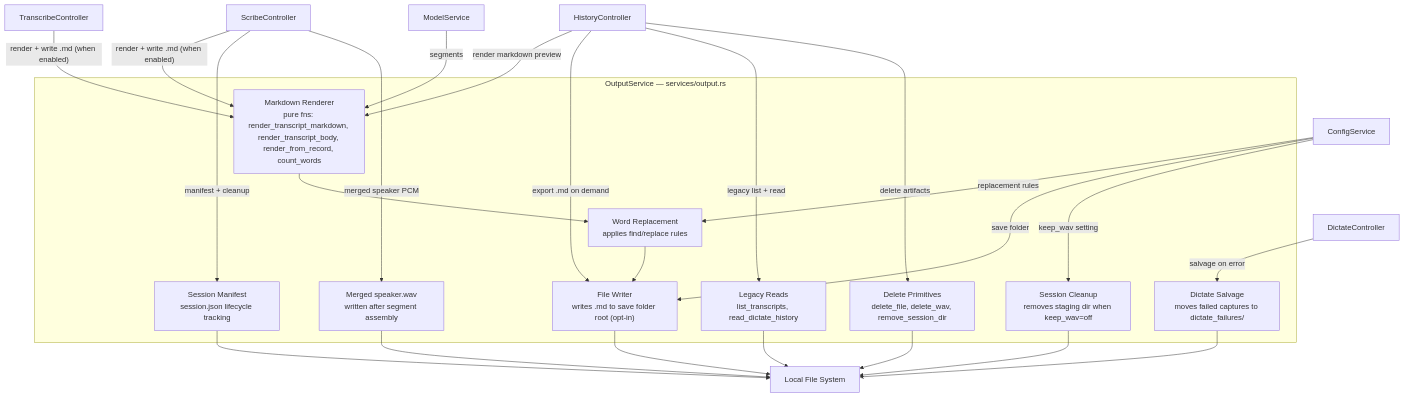
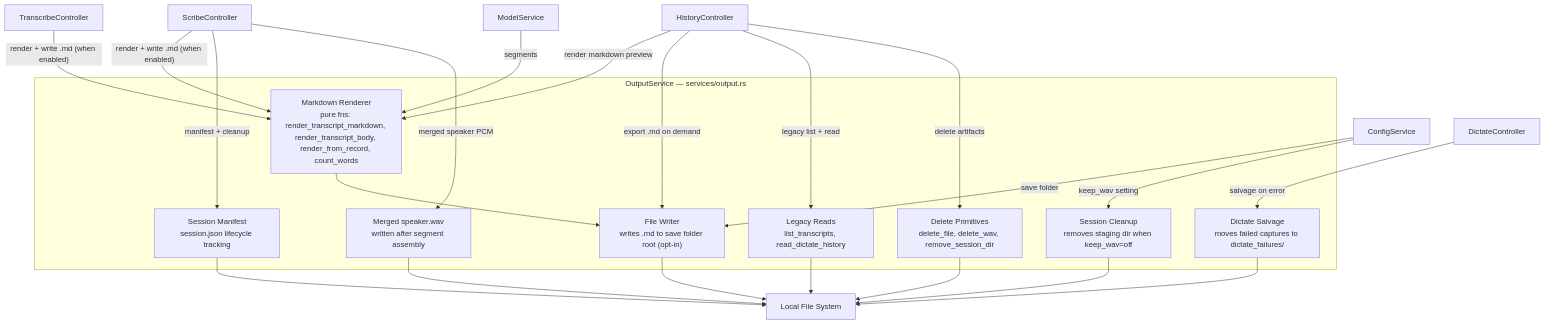
One commit to Lenniott/scribeFloat changed the eighth of 12 diagrams in docs/architecture.md. Above: the diagram before and after it, drawn with Mermaid. The commit also changed other lines of this file and 3 other files, not shown here.

First line of the commit message:
docs: reflect settings simplification in architecture and flows

````diff
--- a/docs/architecture.md
+++ b/docs/architecture.md
@@ -429,45 +429,42 @@
 ```mermaid
 graph TB
     subgraph output["OutputService — services/output.rs"]
         formatter["Markdown Renderer\npure fns: render_transcript_markdown, render_transcript_body, render_from_record, count_words"]
-        replacements["Word Replacement\napplies find/replace rules"]
         file_writer["File Writer\nwrites .md to save folder root (opt-in)"]
         manifest["Session Manifest\nsession.json lifecycle tracking"]
         wav_cleanup["Session Cleanup\nremoves staging dir when keep_wav=off"]
         salvage["Dictate Salvage\nmoves failed captures to dictate_failures/"]
         legacy_reads["Legacy Reads\nlist_transcripts, read_dictate_history"]
         delete_prims["Delete Primitives\ndelete_file, delete_wav, remove_session_dir"]
         merged_wav["Merged speaker.wav\nwritten after segment assembly"]
     end
 
     config["ConfigService"]
     fs["Local File System"]
     ctrl_scribe["ScribeController"]
     ctrl_dictate["DictateController"]
     ctrl_transcribe["TranscribeController"]
     ctrl_history["HistoryController"]
     svc_model["ModelService"]
 
     ctrl_scribe -->|"render + write .md (when enabled)"| formatter
     ctrl_scribe -->|"manifest + cleanup"| manifest
     ctrl_scribe -->|"merged speaker PCM"| merged_wav
     ctrl_dictate -->|"salvage on error"| salvage
     ctrl_transcribe -->|"render + write .md (when enabled)"| formatter
     ctrl_history -->|"render markdown preview"| formatter
     ctrl_history -->|"export .md on demand"| file_writer
     ctrl_history -->|"legacy list + read"| legacy_reads
     ctrl_history -->|"delete artifacts"| delete_prims
     svc_model -->|"segments"| formatter
-    formatter --> replacements
-    replacements --> file_writer
+    formatter --> file_writer
     file_writer --> fs
     manifest --> fs
     merged_wav --> fs
     wav_cleanup --> fs
     salvage --> fs
     legacy_reads --> fs
     delete_prims --> fs
-    config -->|"replacement rules"| replacements
     config -->|"save folder"| file_writer
     config -->|"keep_wav setting"| wav_cleanup
 ```
````
